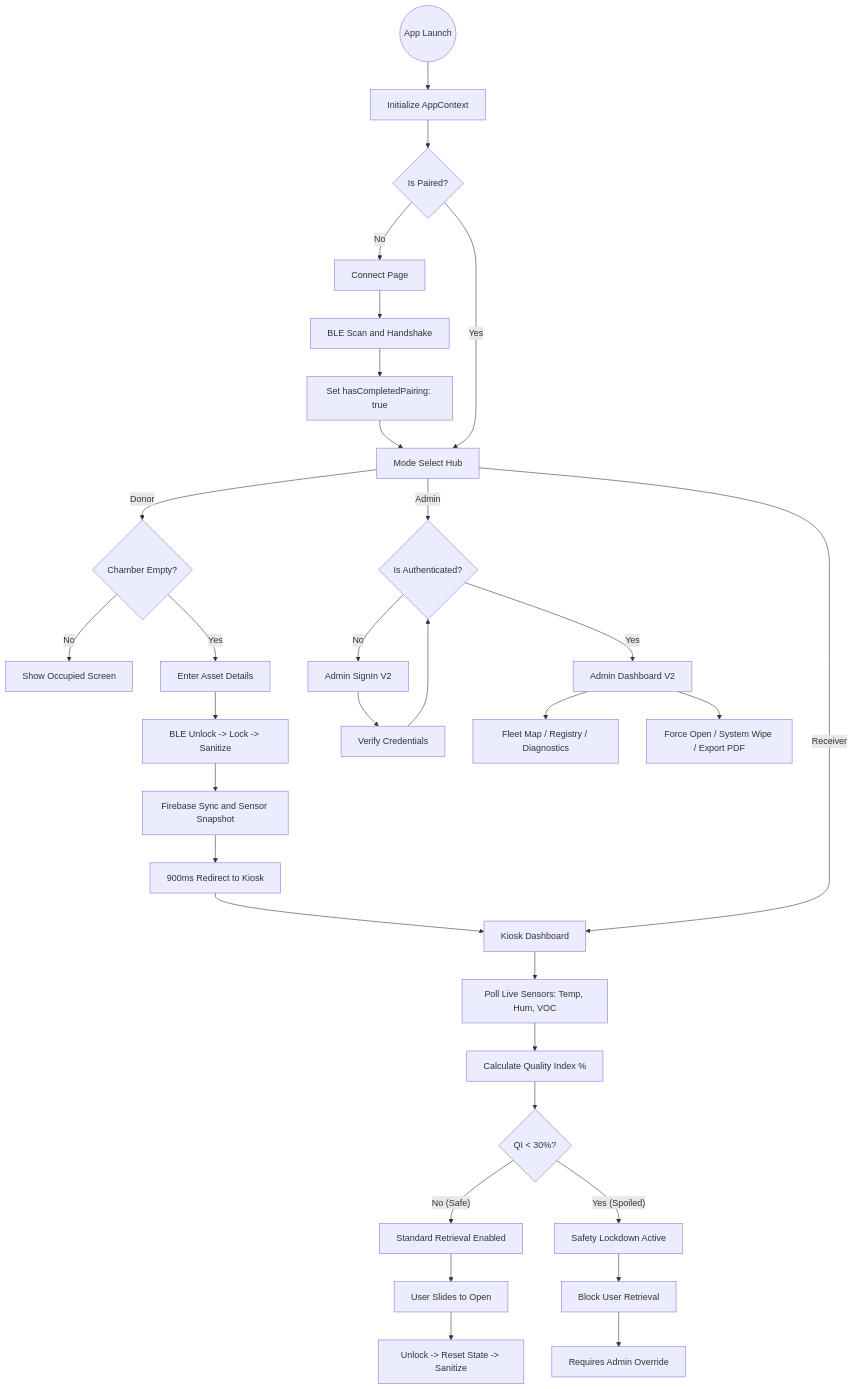
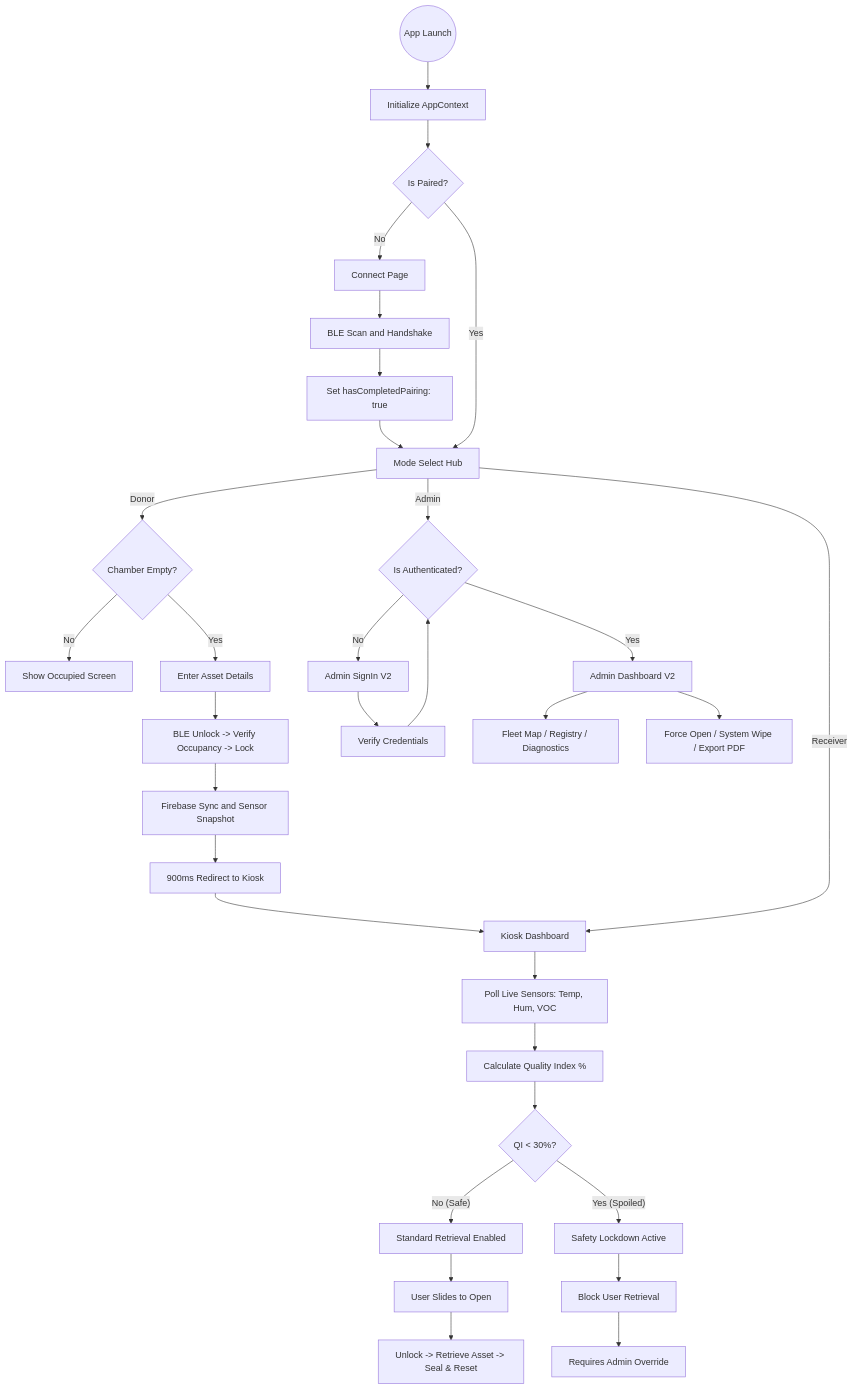
One commit to TamboliSara/ASEP2-PWA-2.0 changed the diagram in docs/Front Flow.md. Above: the diagram before and after it, drawn with Mermaid. The commit also changed other lines of this file and 8 other files, not shown here.

````diff
--- a/docs/Front Flow.md
+++ b/docs/Front Flow.md
@@ -61,47 +73,47 @@
 ```mermaid
 graph TD
     %% Phase 1: Boot & Guard
     Start((App Launch)) --> Init[Initialize AppContext]
     Init --> CheckPairing{Is Paired?}
     
     CheckPairing -- No --> Connect[Connect Page]
     Connect --> BLEScan["BLE Scan and Handshake"]
     BLEScan --> PairSuccess[Set hasCompletedPairing: true]
     PairSuccess --> Hub
     
     CheckPairing -- Yes --> Hub[Mode Select Hub]
     
     %% Phase 2: Donor Path
     Hub -- "Donor" --> DonorCheck{Chamber Empty?}
     DonorCheck -- No --> Occupied[Show Occupied Screen]
     DonorCheck -- Yes --> DepositForm[Enter Asset Details]
-    DepositForm --> hardwareCmd["BLE Unlock -> Lock -> Sanitize"]
+    DepositForm --> hardwareCmd["BLE Unlock -> Verify Occupancy -> Lock"]
     hardwareCmd --> CloudSync["Firebase Sync and Sensor Snapshot"]
     CloudSync --> AutoNav[900ms Redirect to Kiosk]
     AutoNav --> Kiosk
     
     %% Phase 3: Intelligence Path (Kiosk)
     Hub -- "Receiver" --> Kiosk[Kiosk Dashboard]
     Kiosk --> LiveTele[Poll Live Sensors: Temp, Hum, VOC]
     LiveTele --> CalcQI[Calculate Quality Index %]
     
     CalcQI --> QualityGuard{"QI < 30%?"}
     
     QualityGuard -- No (Safe) --> StdRetrieve[Standard Retrieval Enabled]
     StdRetrieve --> SlideAction[User Slides to Open]
-    SlideAction --> CycleEnd["Unlock -> Reset State -> Sanitize"]
+    SlideAction --> CycleEnd["Unlock -> Retrieve Asset -> Seal & Reset"]
     
     QualityGuard -- Yes (Spoiled) --> Lockdown[Safety Lockdown Active]
     Lockdown --> RestrictedUI[Block User Retrieval]
     RestrictedUI --> AdminReq[Requires Admin Override]
     
     %% Phase 4: Command Path (Admin)
     Hub -- "Admin" --> AdminAuth{Is Authenticated?}
     AdminAuth -- No --> SignIn[Admin SignIn V2]
     SignIn --> Verify[Verify Credentials]
     Verify --> AdminAuth
     
     AdminAuth -- Yes --> AdminDash[Admin Dashboard V2]
     AdminDash --> FleetOps["Fleet Map / Registry / Diagnostics"]
     AdminDash --> ForceAction["Force Open / System Wipe / Export PDF"]
 ```
````
